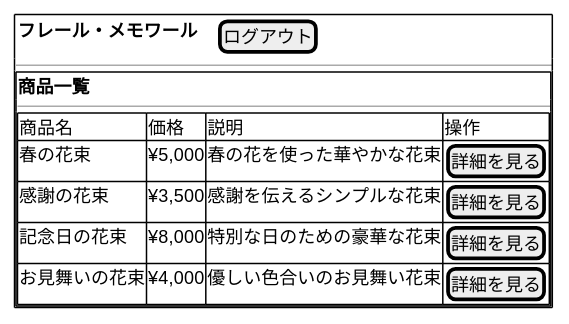
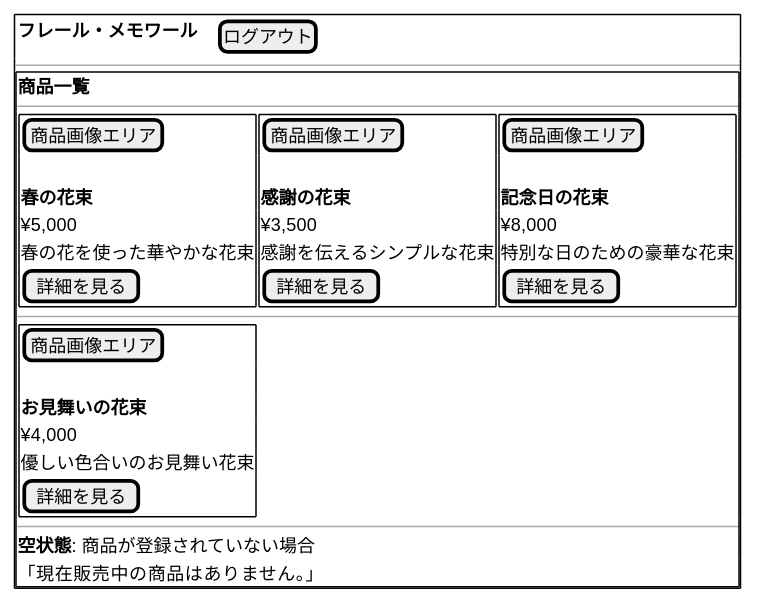
The seventh of 25 diagrams in docs/design/ui-design.md (k2works/case-study-sdd-development), drawn with PlantUML before and after one commit. The commit also changed other lines of this file, not shown here.

````diff
--- a/docs/design/ui-design.md
+++ b/docs/design/ui-design.md
@@ -250,21 +260,52 @@
 ```plantuml
 @startsalt
 {+
   {
     <b>フレール・メモワール | . | . | [ログアウト]
   }
   ---
   {+
     <b>商品一覧
     ---
-    {#
-      商品名 | 価格 | 説明 | 操作
-      春の花束 | ¥5,000 | 春の花を使った華やかな花束 | [詳細を見る]
-      感謝の花束 | ¥3,500 | 感謝を伝えるシンプルな花束 | [詳細を見る]
-      記念日の花束 | ¥8,000 | 特別な日のための豪華な花束 | [詳細を見る]
-      お見舞いの花束 | ¥4,000 | 優しい色合いのお見舞い花束 | [詳細を見る]
+    {
+      {+
+        [  商品画像エリア  ]
+        .
+        <b>春の花束
+        ¥5,000
+        春の花を使った華やかな花束
+        [  詳細を見る  ]
+      } | {+
+        [  商品画像エリア  ]
+        .
+        <b>感謝の花束
+        ¥3,500
+        感謝を伝えるシンプルな花束
+        [  詳細を見る  ]
+      } | {+
+        [  商品画像エリア  ]
+        .
+        <b>記念日の花束
+        ¥8,000
+        特別な日のための豪華な花束
+        [  詳細を見る  ]
+      }
     }
+    ---
+    {
+      {+
+        [  商品画像エリア  ]
+        .
+        <b>お見舞いの花束
+        ¥4,000
+        優しい色合いのお見舞い花束
+        [  詳細を見る  ]
+      } | . | .
+    }
+    ---
+    **空状態**: 商品が登録されていない場合
+    「現在販売中の商品はありません。」
   }
 }
 @endsalt
 ```
````
